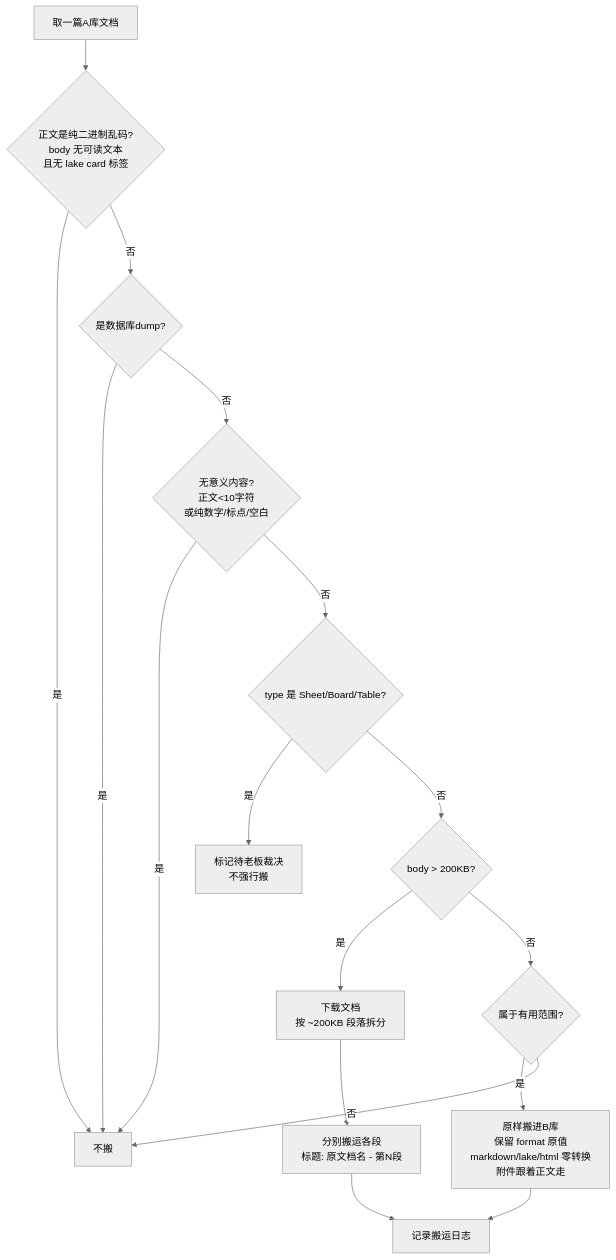
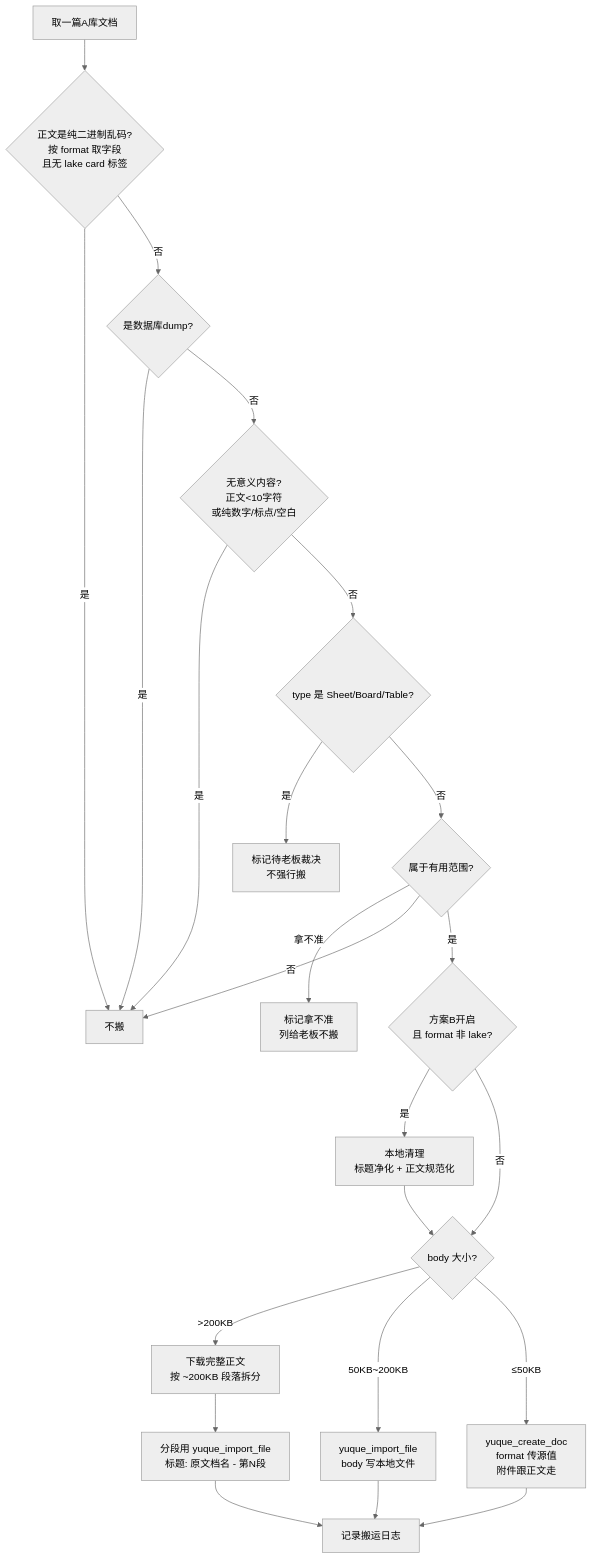
The diagram in doc-reorg/SKILL.md (yehuoshun/doc-reorg-skill), drawn with Mermaid (neutral theme) before and after one commit. The commit also changed other lines of this file and 4 other files, not shown here.

First line of the commit message:
fix: 清理剩余一致性问题（去重/工具清单/字段事实/流程图补全/workflow 固定版本）

````diff
--- a/doc-reorg/SKILL.md
+++ b/doc-reorg/SKILL.md
@@ -83,19 +62,25 @@
 ```mermaid
 flowchart TD
-    A[取一篇A库文档] --> B{正文是纯二进制乱码?<br/>body 无可读文本<br/>且无 lake card 标签}
+    A[取一篇A库文档] --> B{正文是纯二进制乱码?<br/>按 format 取字段<br/>且无 lake card 标签}
     B -- 是 --> X[不搬]
     B -- 否 --> C{是数据库dump?}
     C -- 是 --> X
     C -- 否 --> N{无意义内容?<br/>正文<10字符<br/>或纯数字/标点/空白}
     N -- 是 --> X
     N -- 否 --> T{type 是 Sheet/Board/Table?}
     T -- 是 --> W[标记待老板裁决<br/>不强行搬]
-    T -- 否 --> G{body > 200KB?}
-    G -- 是 --> H[下载文档<br/>按 ~200KB 段落拆分]
-    H --> I[分别搬运各段<br/>标题: 原文档名 - 第N段]
-    G -- 否 --> D{属于有用范围?}
-    D -- 是 --> E[原样搬进B库<br/>保留 format 原值<br/>markdown/lake/html 零转换<br/>附件跟着正文走]
+    T -- 否 --> D{属于有用范围?}
+    D -- 拿不准 --> Y[标记拿不准<br/>列给老板不搬]
     D -- 否 --> X
+    D -- 是 --> R9{方案B开启<br/>且 format 非 lake?}
+    R9 -- 是 --> Q[本地清理<br/>标题净化 + 正文规范化]
+    R9 -- 否 --> S{body 大小?}
+    Q --> S
+    S -- ">200KB" --> H[下载完整正文<br/>按 ~200KB 段落拆分]
+    H --> I[分段用 yuque_import_file<br/>标题: 原文档名 - 第N段]
+    S -- "50KB~200KB" --> P[yuque_import_file<br/>body 写本地文件]
+    S -- "≤50KB" --> E[yuque_create_doc<br/>format 传源值<br/>附件跟正文走]
     E --> F[记录搬运日志]
     I --> F
+    P --> F
 ```
````
